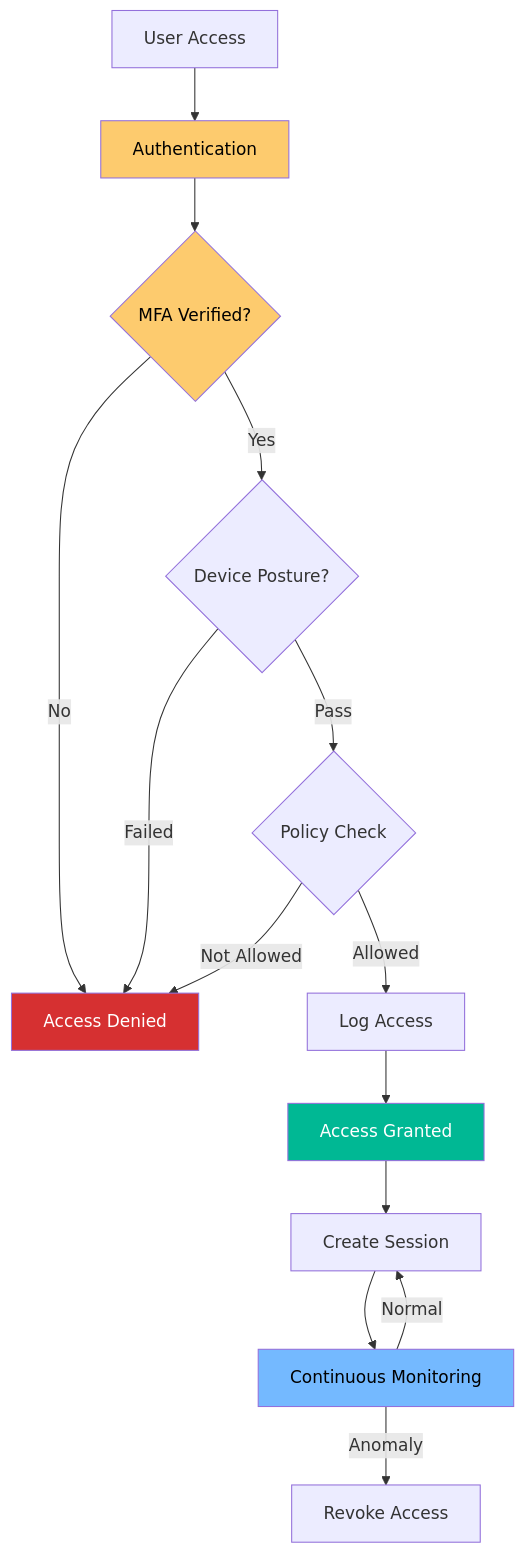
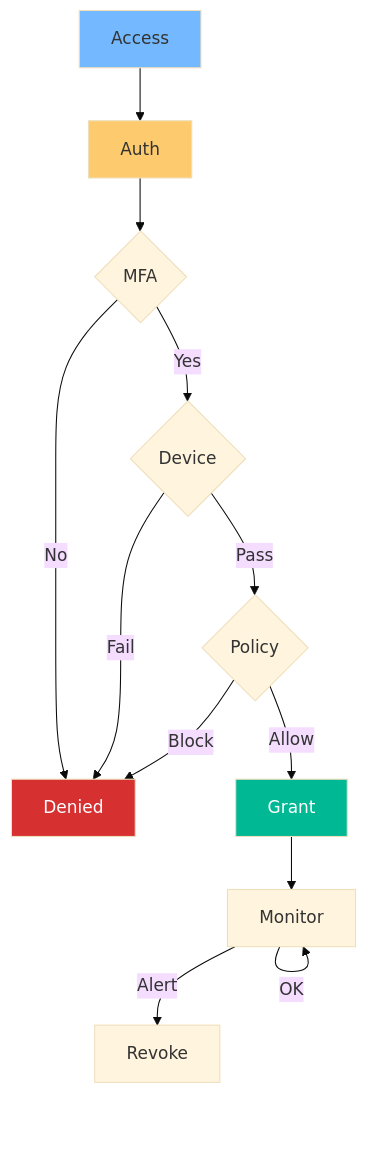
One commit to patabuga/patabuga changed the third of 3 diagrams in README.md. Above: the diagram before and after it, drawn with Mermaid. The commit also changed other lines of this file, not shown here.

First line of the commit message:
refactor: simplify README with global Mermaid best practices

````diff
--- a/README.md
+++ b/README.md
@@ -219,22 +168,20 @@
 ```mermaid
+%%{init: {'theme': 'base'}}%%
 flowchart TD
-    START[User Access] --> AUTH[Authentication]
-    AUTH --> MFA{MFA Verified?}
-    MFA -->|No| DENY[Access Denied]
-    MFA -->|Yes| DEVICE{Device Posture?}
-    DEVICE -->|Failed| DENY
-    DEVICE -->|Pass| POLICY{Policy Check}
-    POLICY -->|Not Allowed| DENY
-    POLICY -->|Allowed| LOG[Log Access]
-    LOG --> GRANT[Access Granted]
-    GRANT --> SESSION[Create Session]
-    SESSION --> MONITOR[Continuous Monitoring]
-    MONITOR -->|Anomaly| REVOKE[Revoke Access]
-    MONITOR -->|Normal| SESSION
+    A[Access] --> B[Auth]
+    B --> C{ MFA }
+    C -->|No| D[Denied]
+    C -->|Yes| E{ Device }
+    E -->|Fail| D
+    E -->|Pass| F{ Policy }
+    F -->|Block| D
+    F -->|Allow| G[Grant]
+    G --> H[Monitor]
+    H -->|Alert| I[Revoke]
+    H -->|OK| H
     
-    style AUTH fill:#fdcb6e,color:#000
-    style MFA fill:#fdcb6e,color:#000
-    style GRANT fill:#00b894,color:#fff
-    style DENY fill:#d63031,color:#fff
-    style MONITOR fill:#74b9ff,color:#000
+    style A fill:#74b9ff
+    style B fill:#fdcb6e
+    style G fill:#00b894,color:#fff
+    style D fill:#d63031,color:#fff
 ```
````
